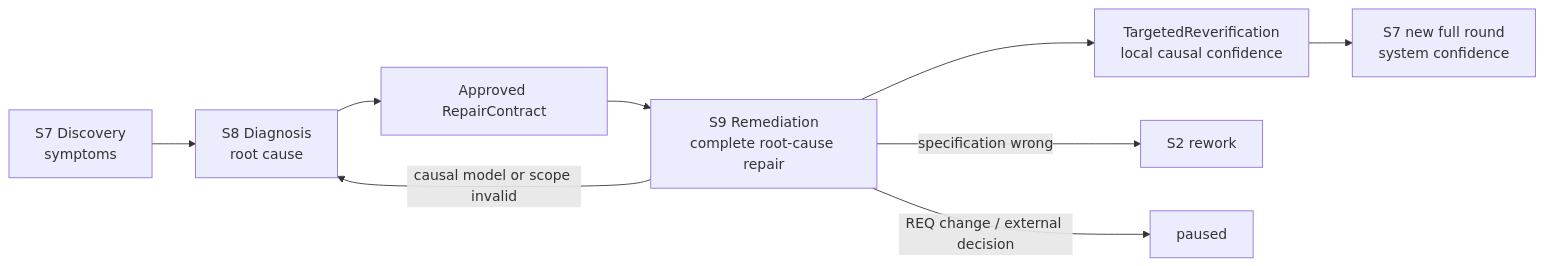
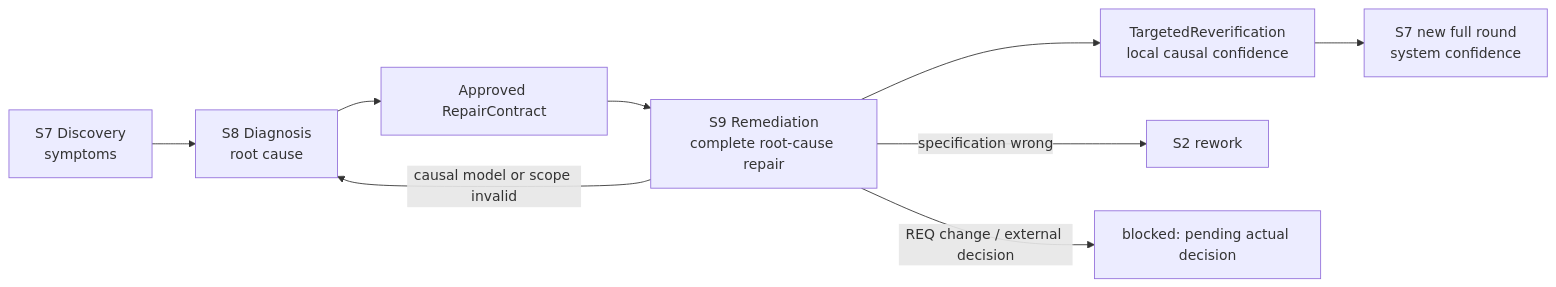
The first of 2 diagrams in blueprint/l3-stages/L3-S9-repair.md (Sebs-Lee/go-system-builder), drawn with Mermaid before and after one commit. The commit also changed other lines of this file and 125 other files, not shown here.

````diff
--- a/blueprint/l3-stages/L3-S9-repair.md
+++ b/blueprint/l3-stages/L3-S9-repair.md
@@ -123,11 +194,11 @@
 ```mermaid
 flowchart LR
     S7["S7 Discovery<br/>symptoms"] --> S8["S8 Diagnosis<br/>root cause"]
     S8 --> RC["Approved RepairContract"]
     RC --> S9["S9 Remediation<br/>complete root-cause repair"]
     S9 --> TR["TargetedReverification<br/>local causal confidence"]
     TR --> NEW["S7 new full round<br/>system confidence"]
     S9 -->|"causal model or scope invalid"| S8
     S9 -->|"specification wrong"| S2["S2 rework"]
-    S9 -->|"REQ change / external decision"| P["paused"]
+    S9 -->|"REQ change / external decision"| P["blocked: pending actual decision"]
 ```
````
